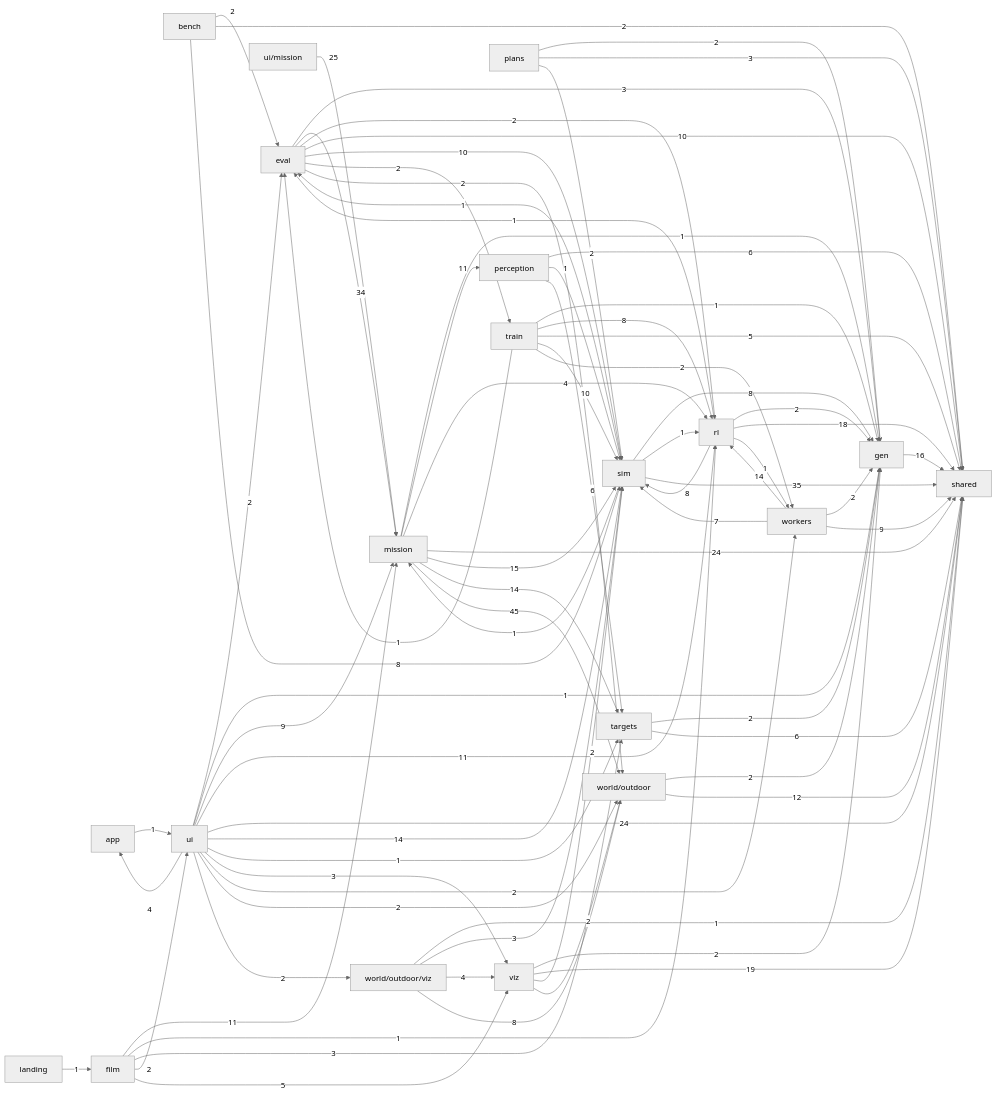
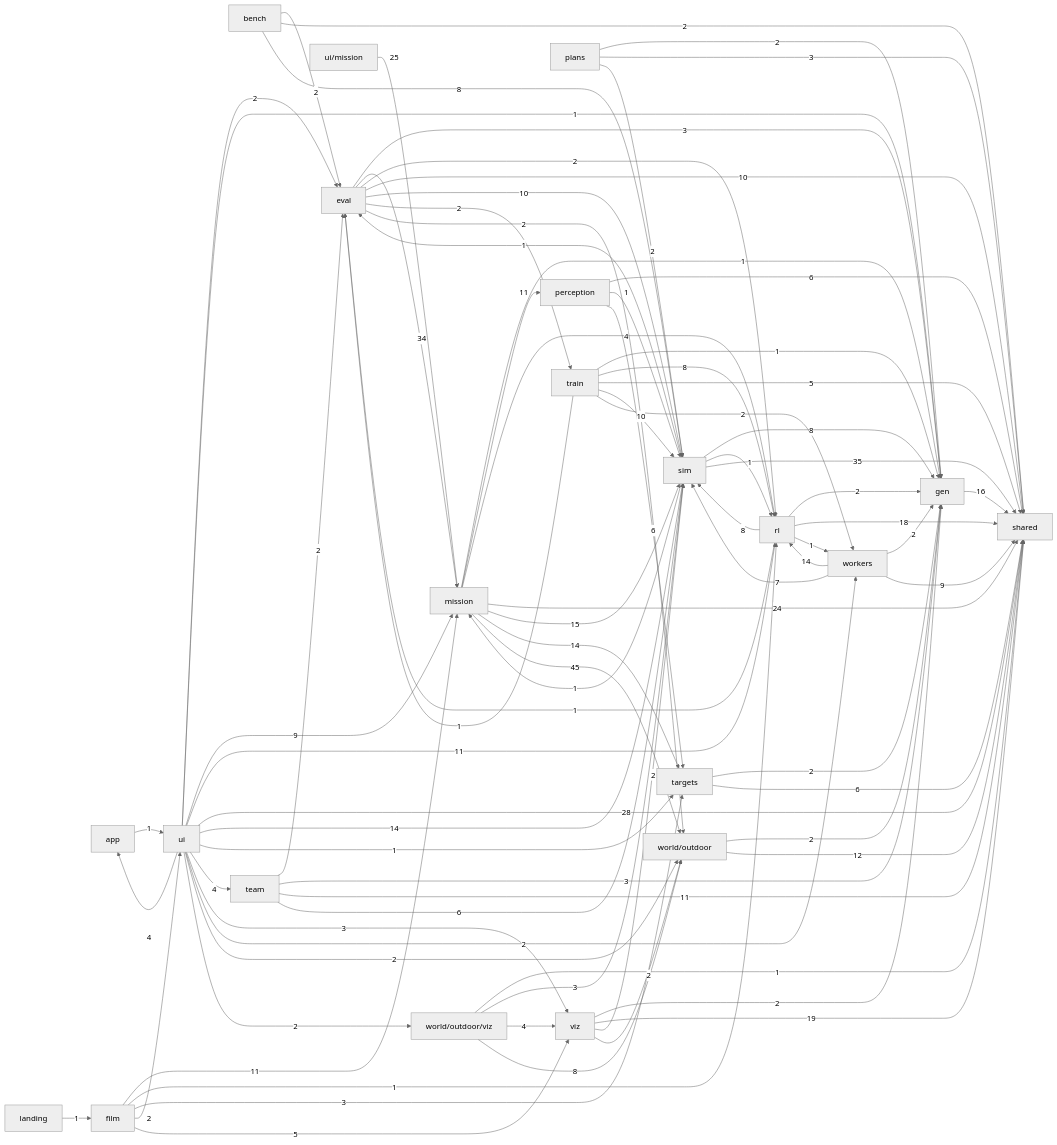
The second of 2 diagrams in docs/ARCHITECTURE.md (alexnieves-cs/frontier-fly), drawn with Mermaid (neutral theme) before and after one commit. The commit also changed other lines of this file and 28 other files, not shown here.

First line of the commit message:
Drone teams: shared maps over a wall-attenuated radio, frontier split, relays, team bench and live page (#20)

```diff
--- a/docs/ARCHITECTURE.md
+++ b/docs/ARCHITECTURE.md
@@ -89,6 +89,7 @@
   shared["shared"]
   sim["sim"]
   targets["targets"]
+  team["team"]
   train["train"]
   ui["ui"]
   ui_mission["ui/mission"]
@@ -139,6 +140,10 @@
   sim -->|35| shared
   targets -->|2| gen
   targets -->|6| shared
+  team -->|2| eval
+  team -->|3| gen
+  team -->|11| shared
+  team -->|6| sim
   train -->|1| eval
   train -->|1| gen
   train -->|8| rl
@@ -151,9 +156,10 @@
   ui -->|1| gen
   ui -->|9| mission
   ui -->|11| rl
-  ui -->|24| shared
+  ui -->|28| shared
   ui -->|14| sim
   ui -->|1| targets
+  ui -->|4| team
   ui -->|3| viz
   ui -->|2| workers
   ui -->|2| world_outdoor
```
